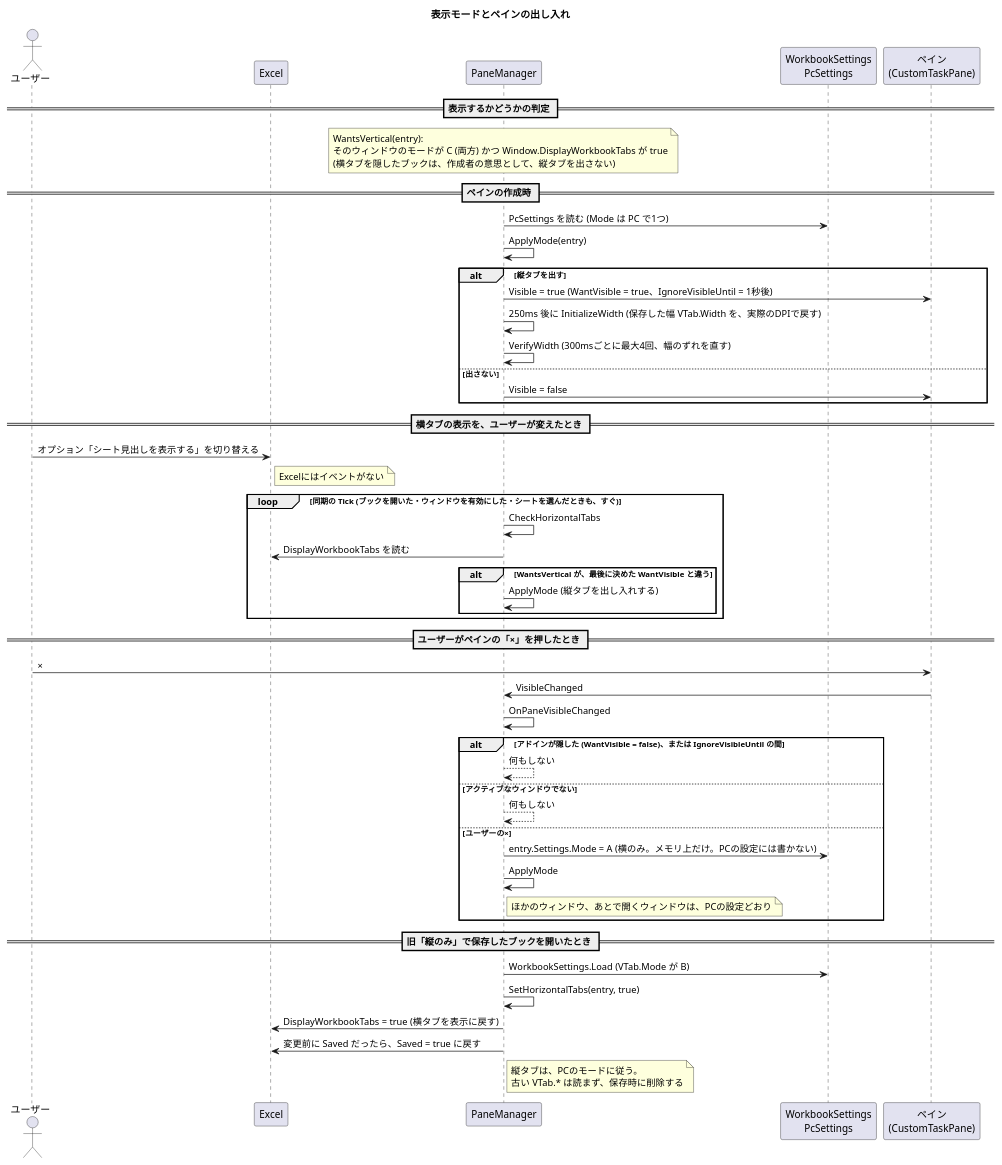
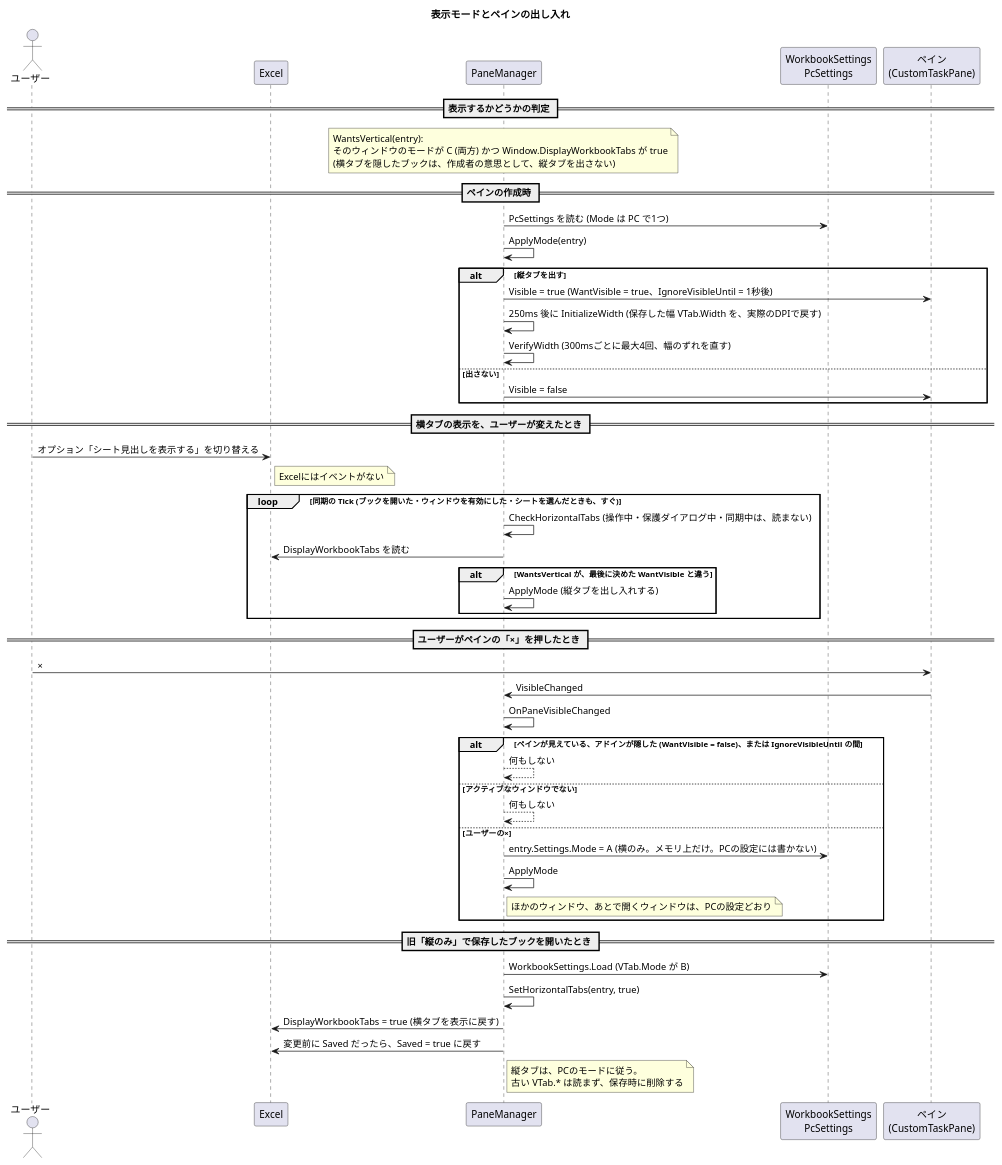
Before and after one commit to nk-taka623/VerticalSheetTabs: the diagram in docs/sequence-mode.puml, drawn with PlantUML. The commit also changed 49 other files, not shown here.

First line of the commit message:
設計図と説明を、実装に合わせて見直す

```diff
--- a/docs/sequence-mode.puml
+++ b/docs/sequence-mode.puml
@@ -1,61 +1,61 @@
 @startuml
 title 表示モードとペインの出し入れ
 skinparam shadowing false
 skinparam sequenceMessageAlign left
 
 actor "ユーザー" as U
 participant "Excel" as XL
 participant "PaneManager" as P
 participant "WorkbookSettings\nPcSettings" as W
 participant "ペイン\n(CustomTaskPane)" as Pane
 
 == 表示するかどうかの判定 ==
 note over P
   WantsVertical(entry):
   そのウィンドウのモードが C (両方) かつ Window.DisplayWorkbookTabs が true
   (横タブを隠したブックは、作成者の意思として、縦タブを出さない)
 end note
 
 == ペインの作成時 ==
 P -> W : PcSettings を読む (Mode は PC で1つ)
 P -> P : ApplyMode(entry)
 alt 縦タブを出す
   P -> Pane : Visible = true (WantVisible = true、IgnoreVisibleUntil = 1秒後)
   P -> P : 250ms 後に InitializeWidth (保存した幅 VTab.Width を、実際のDPIで戻す)
   P -> P : VerifyWidth (300msごとに最大4回、幅のずれを直す)
 else 出さない
   P -> Pane : Visible = false
 end
 
 == 横タブの表示を、ユーザーが変えたとき ==
 U -> XL : オプション「シート見出しを表示する」を切り替える
 note right of XL : Excelにはイベントがない
 loop 同期の Tick (ブックを開いた・ウィンドウを有効にした・シートを選んだときも、すぐ)
-  P -> P : CheckHorizontalTabs
+  P -> P : CheckHorizontalTabs (操作中・保護ダイアログ中・同期中は、読まない)
   P -> XL : DisplayWorkbookTabs を読む
   alt WantsVertical が、最後に決めた WantVisible と違う
     P -> P : ApplyMode (縦タブを出し入れする)
   end
 end
 
 == ユーザーがペインの「×」を押したとき ==
 U -> Pane : ×
 Pane -> P : VisibleChanged
 P -> P : OnPaneVisibleChanged
-alt アドインが隠した (WantVisible = false)、または IgnoreVisibleUntil の間
+alt ペインが見えている、アドインが隠した (WantVisible = false)、または IgnoreVisibleUntil の間
   P --> P : 何もしない
 else アクティブなウィンドウでない
   P --> P : 何もしない
 else ユーザーの×
   P -> W : entry.Settings.Mode = A (横のみ。メモリ上だけ。PCの設定には書かない)
   P -> P : ApplyMode
   note right of P : ほかのウィンドウ、あとで開くウィンドウは、PCの設定どおり
 end
 
 == 旧「縦のみ」で保存したブックを開いたとき ==
 P -> W : WorkbookSettings.Load (VTab.Mode が B)
 P -> P : SetHorizontalTabs(entry, true)
 P -> XL : DisplayWorkbookTabs = true (横タブを表示に戻す)
 P -> XL : 変更前に Saved だったら、Saved = true に戻す
 note right of P : 縦タブは、PCのモードに従う。\n古い VTab.* は読まず、保存時に削除する
 @enduml
```
